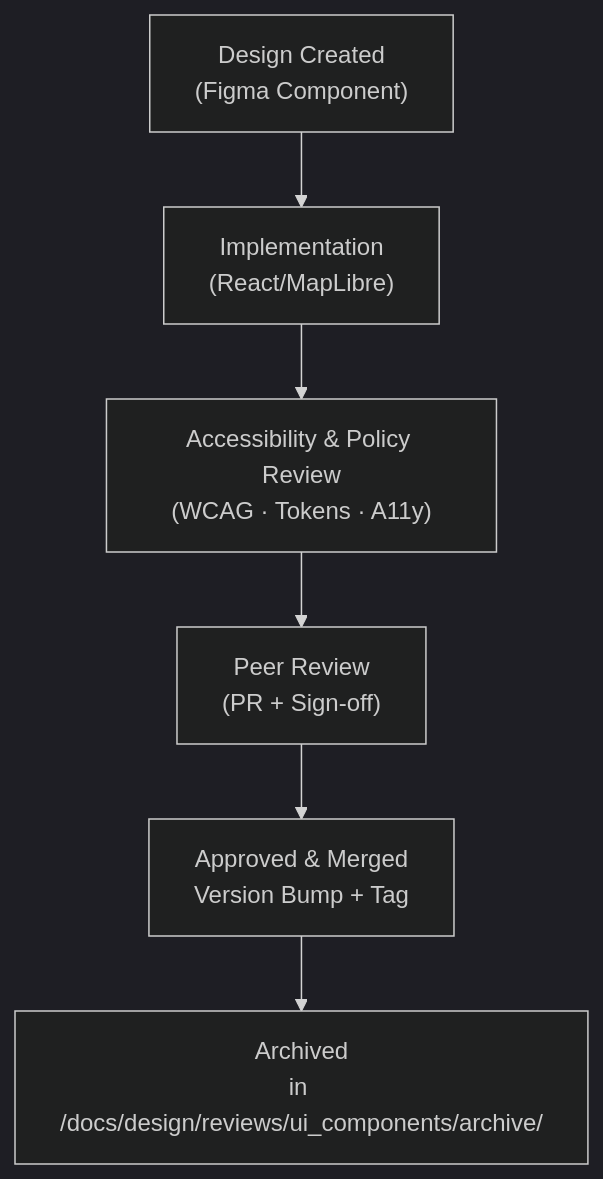
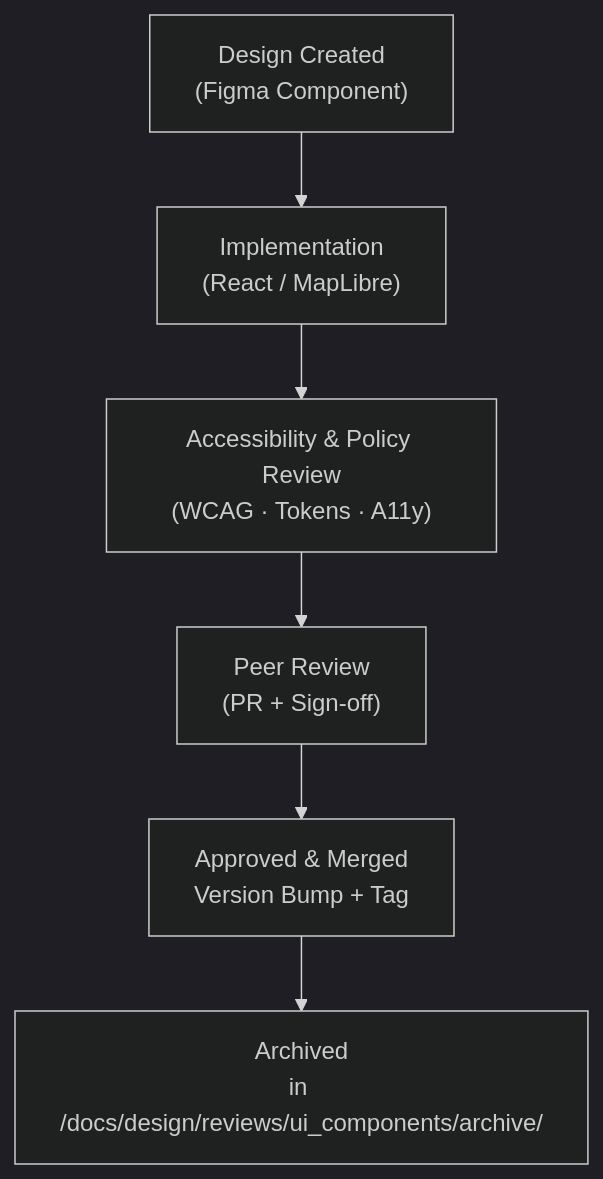
The first of 2 diagrams in docs/design/reviews/ui_components/README.md (bartytime4life/Kansas-Frontier-Matrix), drawn with Mermaid (dark theme) before and after one commit. The commit also changed other lines of this file, not shown here.

First line of the commit message:
Revise UI component review documentation and metrics

````diff
--- a/docs/design/reviews/ui_components/README.md
+++ b/docs/design/reviews/ui_components/README.md
@@ -133,8 +128,8 @@
 ```mermaid
 flowchart TD
-  A["Design Created\n(Figma Component)"] --> B["Implementation\n(React/MapLibre)"]
+  A["Design Created\n(Figma Component)"] --> B["Implementation\n(React / MapLibre)"]
   B --> C["Accessibility & Policy Review\n(WCAG · Tokens · A11y)"]
   C --> D["Peer Review\n(PR + Sign-off)"]
   D --> E["Approved & Merged\nVersion Bump + Tag"]
   E --> F["Archived\nin /docs/design/reviews/ui_components/archive/"]
 ```
````
